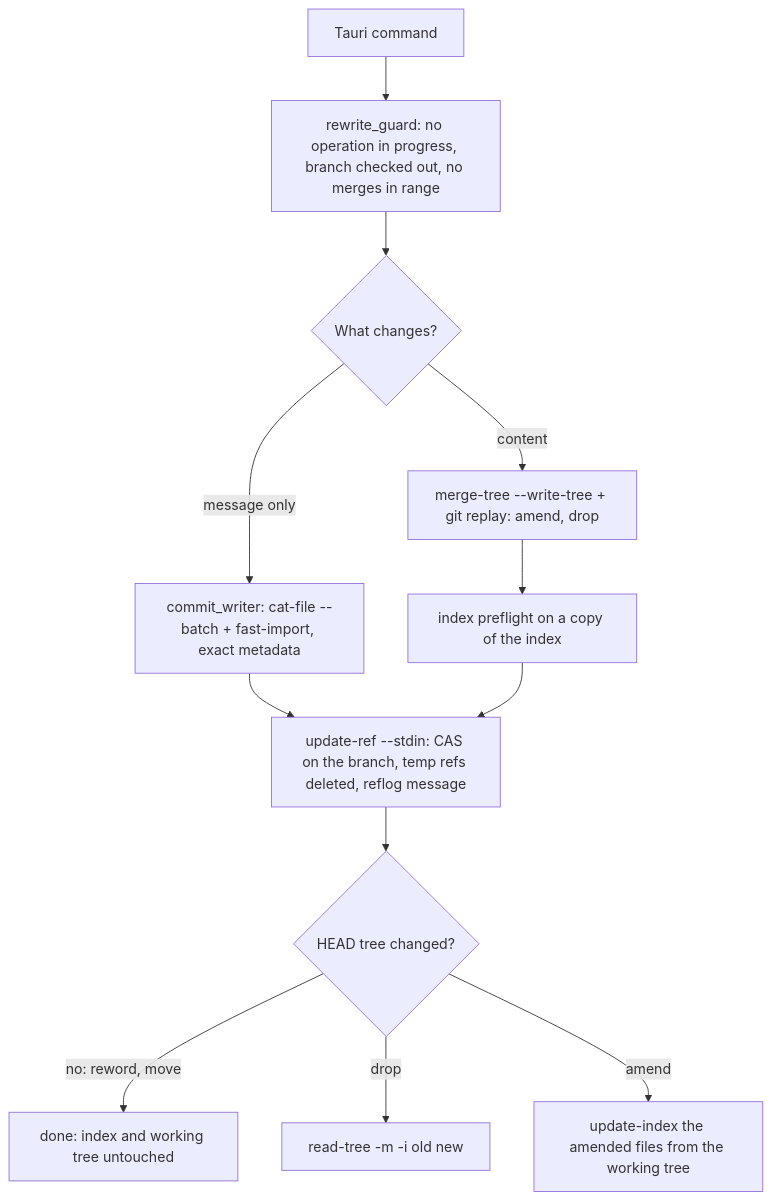
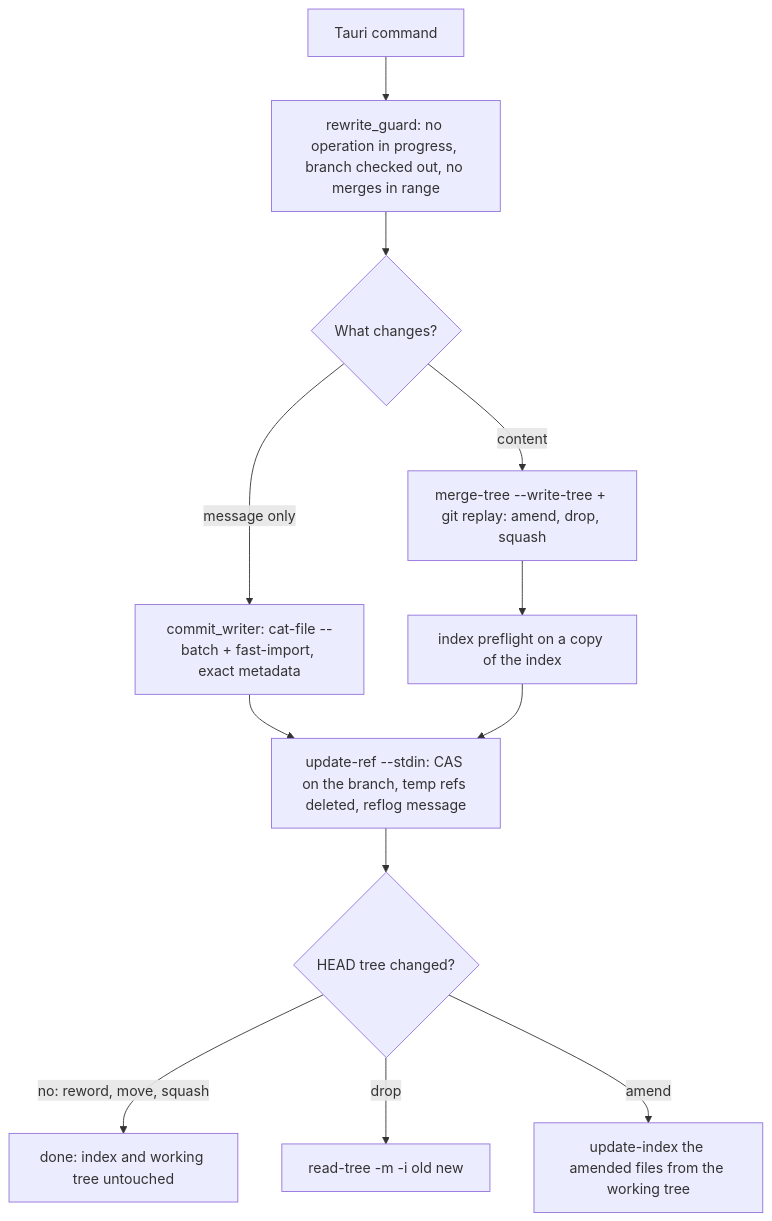
One commit to develar/branch-deck changed the diagram in docs/design/git-operations.md. Above: the diagram before and after it, drawn with Mermaid. The commit also changed other lines of this file and 30 other files, not shown here.

````diff
--- a/docs/design/git-operations.md
+++ b/docs/design/git-operations.md
@@ -37,14 +37,14 @@
 ```mermaid
 flowchart TD
     A[Tauri command] --> G[rewrite_guard: no operation in progress, branch checked out, no merges in range]
     G --> R{What changes?}
     R -->|message only| W[commit_writer: cat-file --batch + fast-import, exact metadata]
-    R -->|content| P[merge-tree --write-tree + git replay: amend, drop]
+    R -->|content| P[merge-tree --write-tree + git replay: amend, drop, squash]
     W --> T[update-ref --stdin: CAS on the branch, temp refs deleted, reflog message]
     P --> F[index preflight on a copy of the index]
     F --> T
     T --> I{HEAD tree changed?}
-    I -->|no: reword, move| D[done: index and working tree untouched]
+    I -->|no: reword, move, squash| D[done: index and working tree untouched]
     I -->|drop| X[read-tree -m -i old new]
     I -->|amend| U[update-index the amended files from the working tree]
 ```
````
